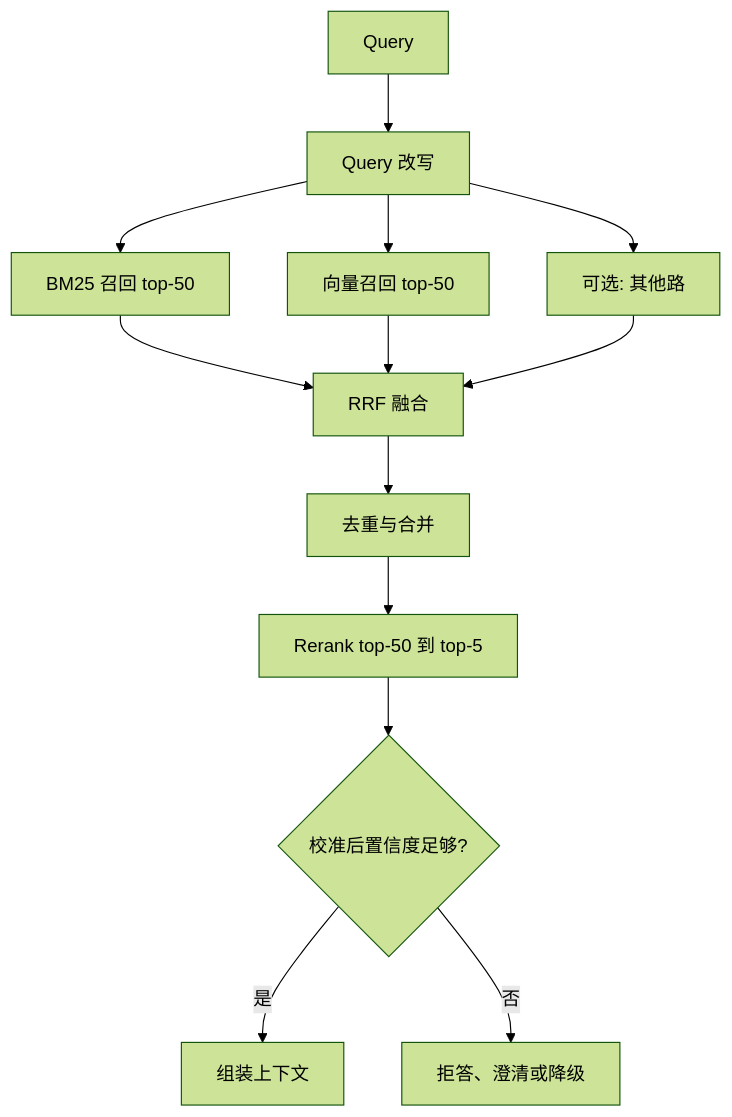
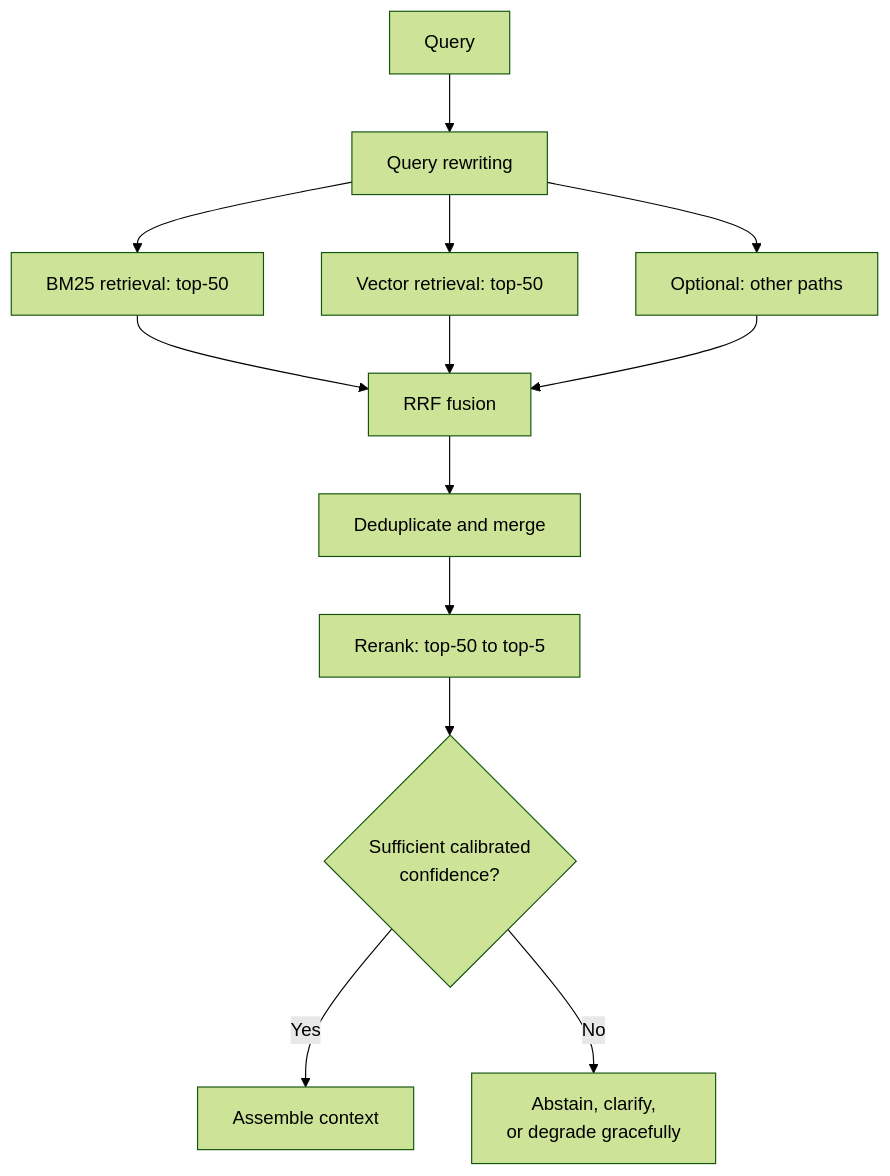
One commit to oneleaveknowsthefall/awesome-ai-roadmap changed the second of 2 diagrams in docs/rag/03-retrieval/13-hybrid-retrieval-rerank.md. Above: the diagram before and after it, drawn with Mermaid (forest theme). The commit also changed other lines of this file and 60 other files, not shown here.

````diff
--- a/docs/rag/03-retrieval/13-hybrid-retrieval-rerank.md
+++ b/docs/rag/03-retrieval/13-hybrid-retrieval-rerank.md
@@ -124,15 +124,15 @@
 ```mermaid
 flowchart TB
-    Q[Query] --> RW[Query 改写]
-    RW --> P1[BM25 召回 top-50]
-    RW --> P2[向量召回 top-50]
-    RW --> P3[可选: 其他路]
-    P1 --> RRF[RRF 融合]
+    Q[Query] --> RW[Query rewriting]
+    RW --> P1[BM25 retrieval: top-50]
+    RW --> P2[Vector retrieval: top-50]
+    RW --> P3[Optional: other paths]
+    P1 --> RRF[RRF fusion]
     P2 --> RRF
     P3 --> RRF
-    RRF --> DEDUP[去重与合并]
-    DEDUP --> RR[Rerank top-50 到 top-5]
-    RR --> TH{校准后置信度足够?}
-    TH -->|是| CTX[组装上下文]
-    TH -->|否| REJ[拒答、澄清或降级]
+    RRF --> DEDUP[Deduplicate and merge]
+    DEDUP --> RR[Rerank: top-50 to top-5]
+    RR --> TH{Sufficient calibrated<br/>confidence?}
+    TH -->|Yes| CTX[Assemble context]
+    TH -->|No| REJ[Abstain, clarify,<br/>or degrade gracefully]
 ```
````
